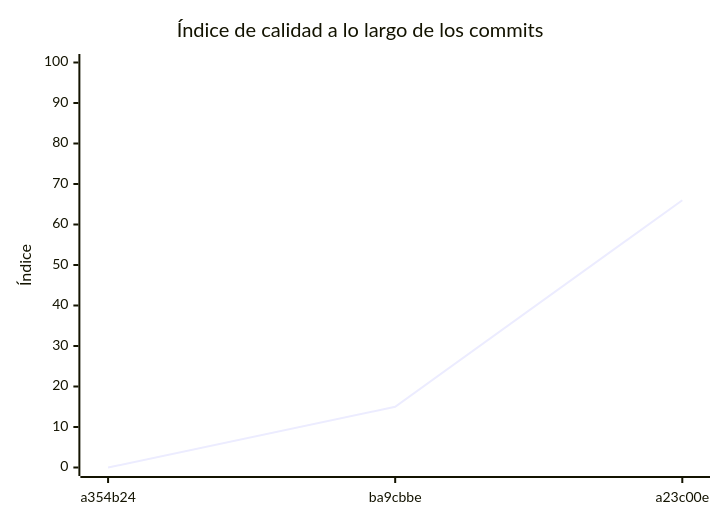
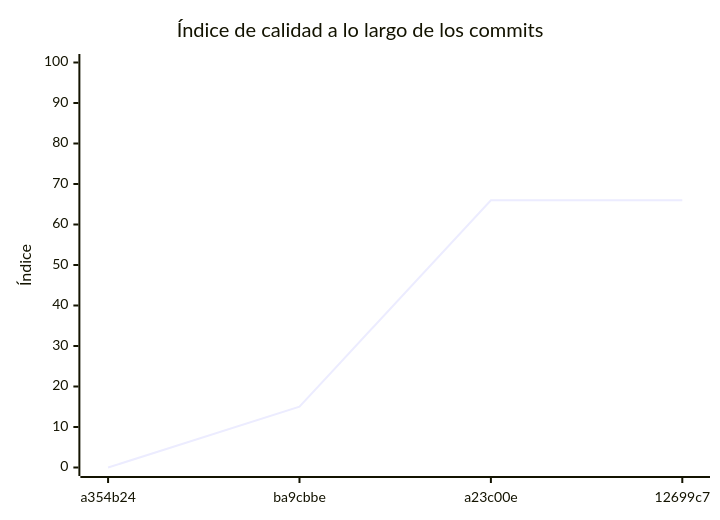
The diagram in docs/EVALUACION.md (Prog2-fzapata/ServicioTurnos), drawn with Mermaid before and after one commit. The commit also changed other lines of this file and 1 other file, not shown here.

````diff
--- a/docs/EVALUACION.md
+++ b/docs/EVALUACION.md
@@ -259,7 +265,7 @@
 ```mermaid
 xychart-beta
     title "Índice de calidad a lo largo de los commits"
-    x-axis ["a354b24", "ba9cbbe", "a23c00e"]
+    x-axis ["a354b24", "ba9cbbe", "a23c00e", "12699c7"]
     y-axis "Índice" 0 --> 100
-    line [0, 15, 66]
+    line [0, 15, 66, 66]
 ```
````
